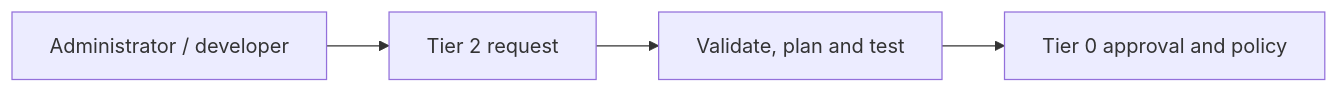
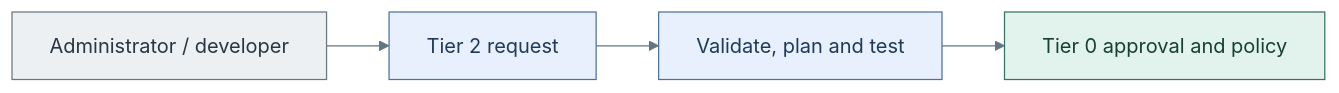
Before and after one commit to Rexus/homelab: the first of 3 diagrams in docs/deployment/stage-6-workloads/README.md, drawn with Mermaid. The commit also changed other lines of this file and 49 other files, not shown here.

Commit message:
docs(diagrams): clarify tier layouts and visual styles

````diff
--- a/docs/deployment/stage-6-workloads/README.md
+++ b/docs/deployment/stage-6-workloads/README.md
@@ -33,5 +33,13 @@
 ```mermaid
+%%{init: {"theme":"base","themeVariables":{"lineColor":"#627581","edgeLabelBackground":"#f8fafc"}}}%%
 flowchart LR
   User["Administrator / developer"] --> Request["Tier 2 request"]
   Request --> CI["Validate, plan and test"] --> Gate["Tier 0 approval and policy"]
+  classDef default fill:#f8fafc,stroke:#64748b,color:#1f2937
+  classDef actor fill:#edf0f3,stroke:#697682,color:#293642
+  classDef services fill:#e7f0fc,stroke:#4d719b,color:#203a5b
+  classDef control fill:#e2f3ed,stroke:#397366,color:#173f36
+  class User actor
+  class Request,CI services
+  class Gate control
 ```
````
